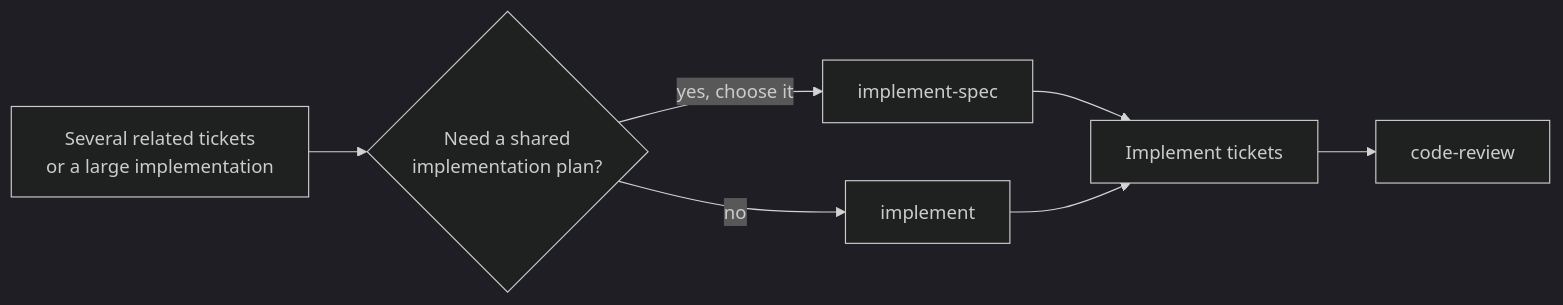
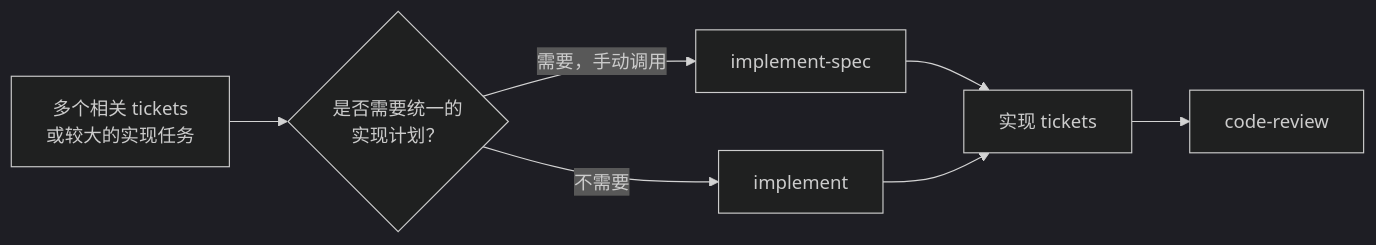
Before and after one commit to carl10086/ys-powers: the third of 4 diagrams in README.md, drawn with Mermaid (dark theme). The commit also changed other lines of this file, not shown here.

````diff
--- a/README.md
+++ b/README.md
@@ -68,9 +65,9 @@
 ```mermaid
 flowchart LR
-    A[Several related tickets<br/>or a large implementation] --> B{Need a shared<br/>implementation plan?}
-    B -->|yes, choose it| C[implement-spec]
-    B -->|no| D[implement]
-    C --> E[Implement tickets]
+    A[多个相关 tickets<br/>或较大的实现任务] --> B{是否需要统一的<br/>实现计划？}
+    B -->|需要，手动调用| C[implement-spec]
+    B -->|不需要| D[implement]
+    C --> E[实现 tickets]
     D --> E
     E --> F[code-review]
 ```
````
